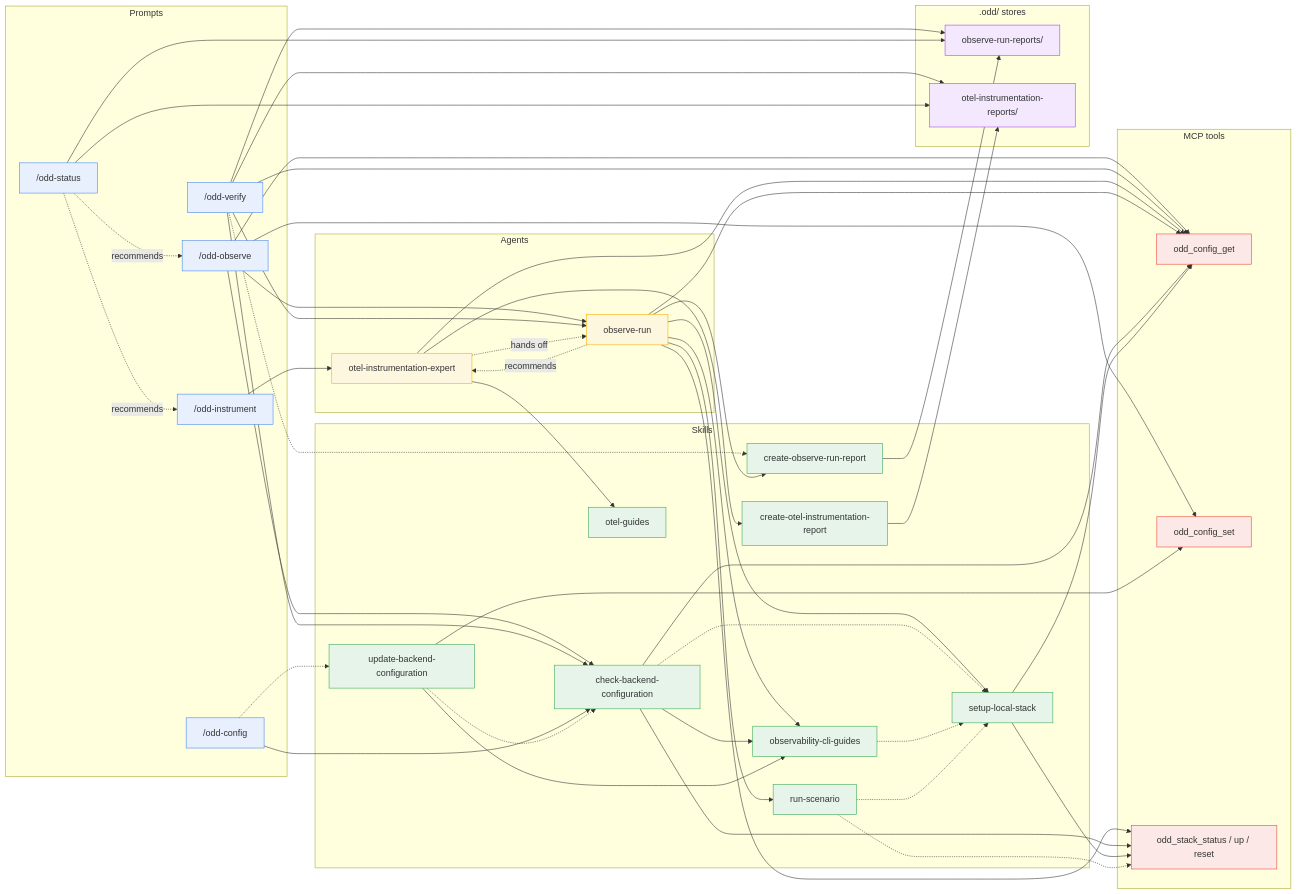
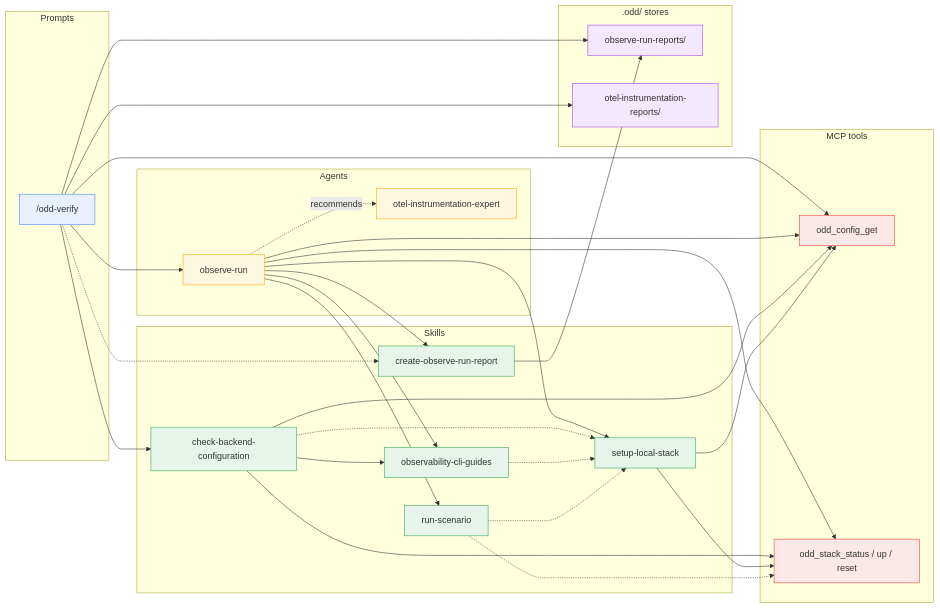
The third of 6 diagrams in docs/guide/dependencies.md (using-system/oddyssey), drawn with Mermaid before and after one commit. The commit also changed other lines of this file, not shown here.

Commit message:
docs(guide): split the dependency map into per-prompt diagrams for readability (#126)

````diff
--- a/docs/guide/dependencies.md
+++ b/docs/guide/dependencies.md
@@ -21,32 +166,24 @@
 ```mermaid
 flowchart LR
   subgraph Prompts
-    instrument["/odd-instrument"]
-    observe["/odd-observe"]
     verify["/odd-verify"]
-    status["/odd-status"]
-    config["/odd-config"]
   end
 
   subgraph Agents
+    runner[observe-run]
     expert[otel-instrumentation-expert]
-    runner[observe-run]
   end
 
   subgraph Skills
     cbc[check-backend-configuration]
-    ubc[update-backend-configuration]
+    ocg[observability-cli-guides]
     sls[setup-local-stack]
-    ocg[observability-cli-guides]
-    og[otel-guides]
     rs[run-scenario]
     corr[create-observe-run-report]
-    coir[create-otel-instrumentation-report]
   end
 
   subgraph MCP["MCP tools"]
     cfgget[odd_config_get]
-    cfgset[odd_config_set]
     stack[odd_stack_status / up / reset]
   end
 
@@ -55,28 +192,12 @@
     insdir[otel-instrumentation-reports/]
   end
 
-  instrument --> expert
-  observe --> runner
-  observe --> cbc
-  observe --> cfgget
-  observe --> cfgset
   verify --> runner
   verify --> cbc
   verify --> cfgget
   verify -.-> corr
   verify --> obsdir
   verify --> insdir
-  status --> obsdir
-  status --> insdir
-  status -. recommends .-> instrument
-  status -. recommends .-> observe
-  config --> cbc
-  config -.-> ubc
-
-  expert --> og
-  expert --> coir
-  expert --> cfgget
-  expert -. hands off .-> runner
 
   runner --> ocg
   runner --> sls
@@ -90,9 +211,6 @@
   cbc --> ocg
   cbc --> cfgget
   cbc --> stack
-  ubc --> ocg
-  ubc --> cfgset
-  ubc -.-> cbc
   ocg -.-> sls
   sls --> cfgget
   sls --> stack
@@ -100,16 +218,15 @@
   rs -.-> sls
 
   corr --> obsdir
-  coir --> insdir
 
   classDef prompt fill:#e8f0fe,stroke:#4285f4
   classDef agent fill:#fef7e0,stroke:#f9ab00
   classDef skill fill:#e6f4ea,stroke:#34a853
   classDef mcp fill:#fce8e6,stroke:#ea4335
   classDef store fill:#f3e8fd,stroke:#a142f4
-  class instrument,observe,verify,status,config prompt
-  class expert,runner agent
-  class cbc,ubc,sls,ocg,og,rs,corr,coir skill
-  class cfgget,cfgset,stack mcp
+  class verify prompt
+  class runner,expert agent
+  class cbc,ocg,sls,rs,corr skill
+  class cfgget,stack mcp
   class obsdir,insdir store
 ```
````
